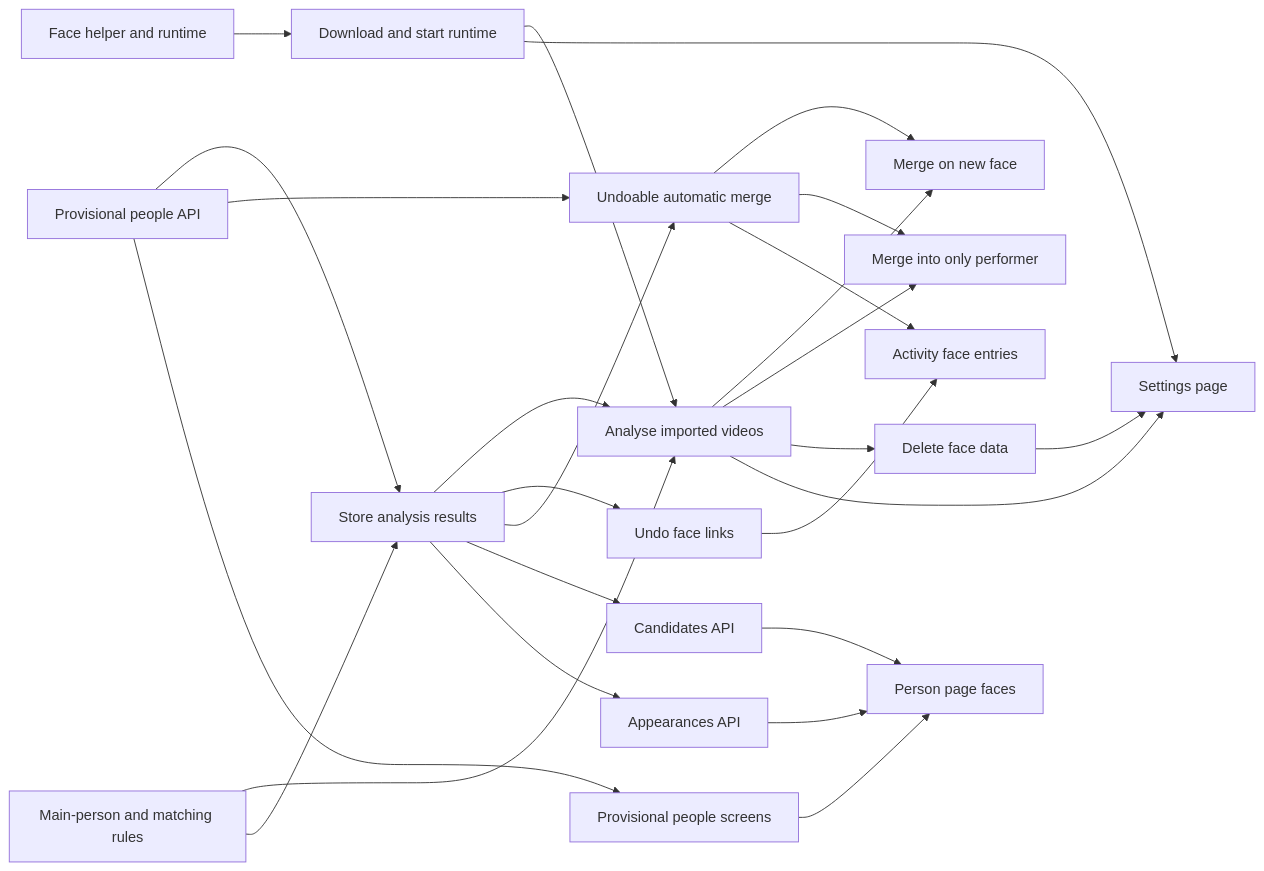
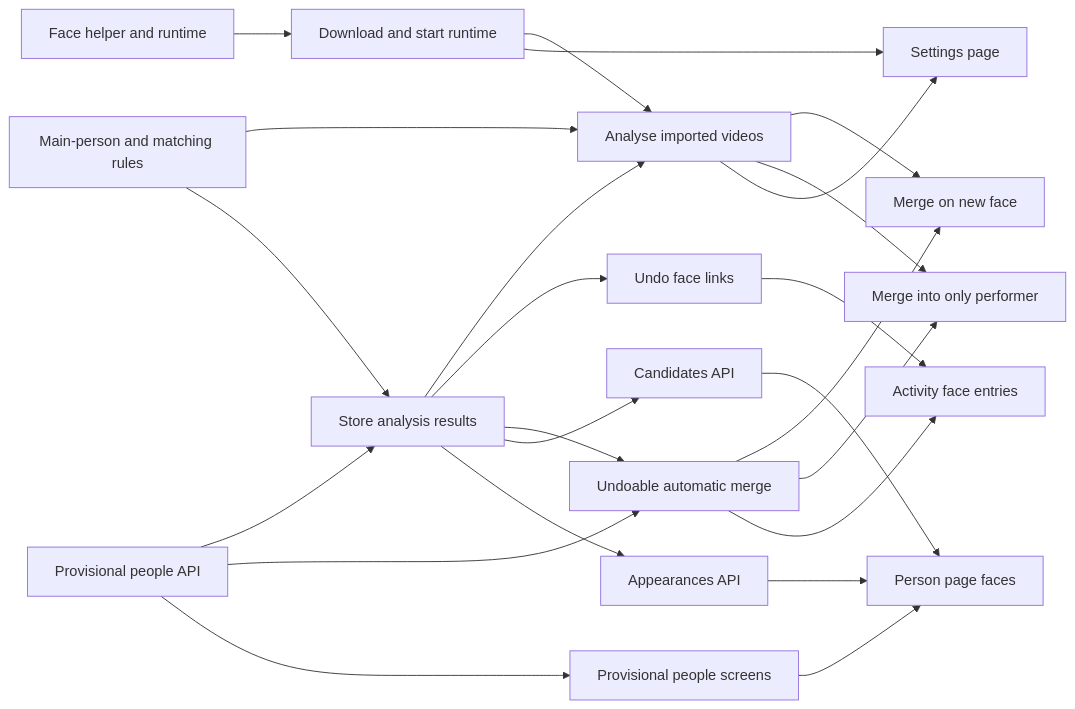
One commit to syudead/vv changed the diagram in specs/061-faced/plan.md. Above: the diagram before and after it, drawn with Mermaid. The commit also changed other lines of this file and 4 other files, not shown here.

First line of the commit message:
plan(061-faced): delete face data with its person, crops become faces

````diff
--- a/specs/061-faced/plan.md
+++ b/specs/061-faced/plan.md
@@ -123,28 +123,26 @@
 ```mermaid
 flowchart LR
   helper[Face helper and runtime] --> runtime[Download and start runtime]
   rules[Main-person and matching rules] --> analyse[Analyse imported videos]
   runtime --> analyse
   prov[Provisional people API] --> store[Store analysis results]
   rules --> store
   store --> analyse
   store --> undoLinks[Undo face links]
   prov --> undoMerge[Undoable automatic merge]
   store --> undoMerge
   analyse --> faceMerge[Merge on new face]
   undoMerge --> faceMerge
   analyse --> castMerge[Merge into only performer]
   undoMerge --> castMerge
   store --> cand[Candidates API]
-  analyse --> del[Delete face data]
   store --> appear[Appearances API]
   runtime --> settingsUI[Settings page]
   analyse --> settingsUI
-  del --> settingsUI
   prov --> provUI[Provisional people screens]
   cand --> personUI[Person page faces]
   appear --> personUI
   provUI --> personUI
   undoLinks --> actUI[Activity face entries]
   undoMerge --> actUI
 ```
````
